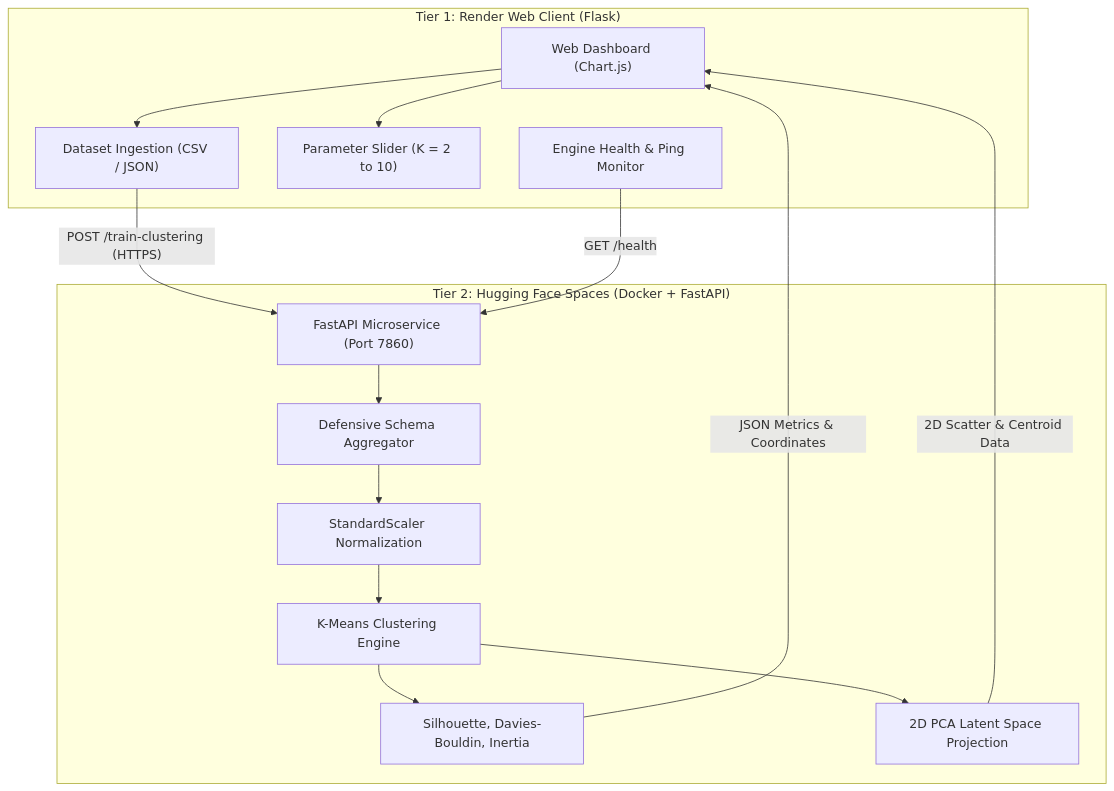
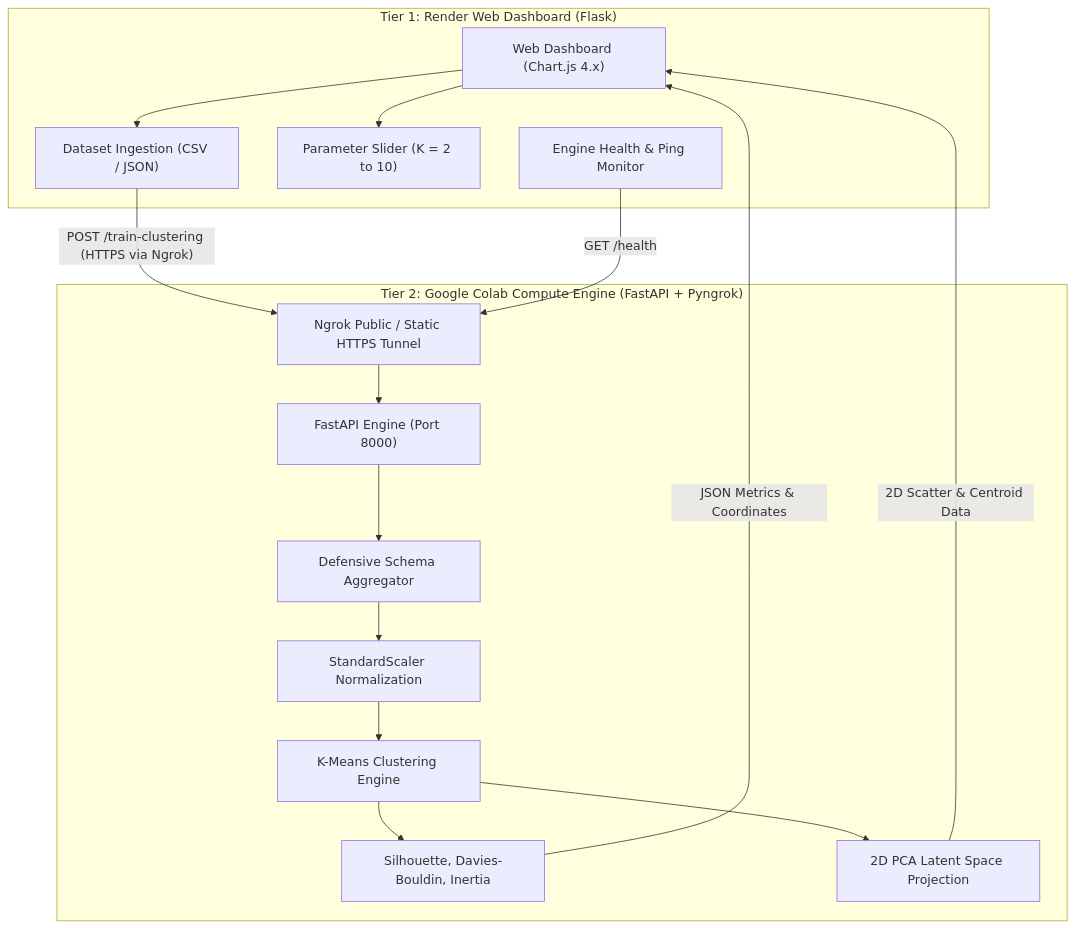
Before and after one commit to Progress-bill/city-service-clustering: the diagram in README.md, drawn with Mermaid. The commit also changed other lines of this file and 16 other files, not shown here.

Commit message:
feat: reconfigure system for Google Colab compute engine with ngrok tunnel and zero-downtime fallback; remove Hugging Face files

````diff
--- a/README.md
+++ b/README.md
@@ -31,30 +23,32 @@
 ```mermaid
 graph TD
-    subgraph Tier1["Tier 1: Render Web Client (Flask)"]
-        UI["Web Dashboard (Chart.js)"]
+    subgraph Tier1["Tier 1: Render Web Dashboard (Flask)"]
+        UI["Web Dashboard (Chart.js 4.x)"]
         Upload["Dataset Ingestion (CSV / JSON)"]
         KSelect["Parameter Slider (K = 2 to 10)"]
         HealthMonitor["Engine Health & Ping Monitor"]
     end
 
-    subgraph Tier2["Tier 2: Hugging Face Spaces (Docker + FastAPI)"]
-        API["FastAPI Microservice (Port 7860)"]
+    subgraph Tier2["Tier 2: Google Colab Compute Engine (FastAPI + Pyngrok)"]
+        Tunnel["Ngrok Public / Static HTTPS Tunnel"]
+        FastAPIApp["FastAPI Engine (Port 8000)"]
         Agg["Defensive Schema Aggregator"]
         Scaler["StandardScaler Normalization"]
         KMeansEngine["K-Means Clustering Engine"]
         MetricsEngine["Silhouette, Davies-Bouldin, Inertia"]
         PCAEngine["2D PCA Latent Space Projection"]
     end
 
     UI --> Upload
     UI --> KSelect
-    Upload -->|"POST /train-clustering (HTTPS)"| API
-    HealthMonitor -->|"GET /health"| API
-    API --> Agg
+    Upload -->|"POST /train-clustering (HTTPS via Ngrok)"| Tunnel
+    HealthMonitor -->|"GET /health"| Tunnel
+    Tunnel --> FastAPIApp
+    FastAPIApp --> Agg
     Agg --> Scaler
     Scaler --> KMeansEngine
     KMeansEngine --> MetricsEngine
     KMeansEngine --> PCAEngine
     MetricsEngine -->|"JSON Metrics & Coordinates"| UI
     PCAEngine -->|"2D Scatter & Centroid Data"| UI
 ```
````
